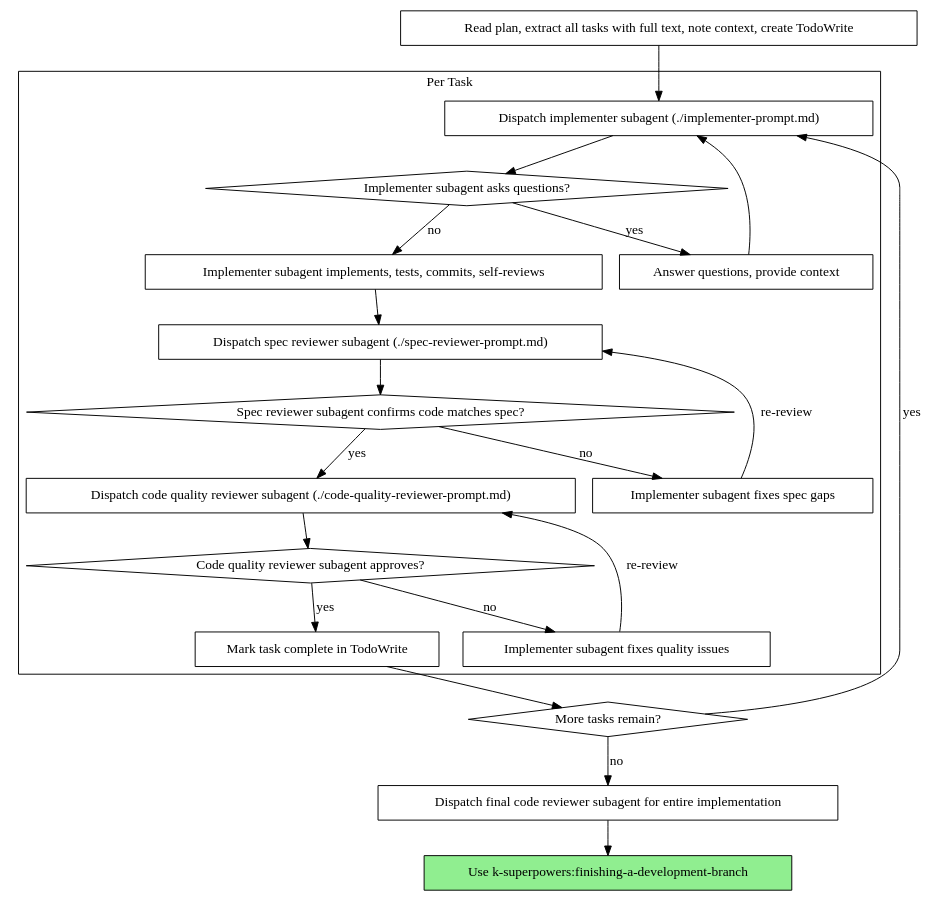
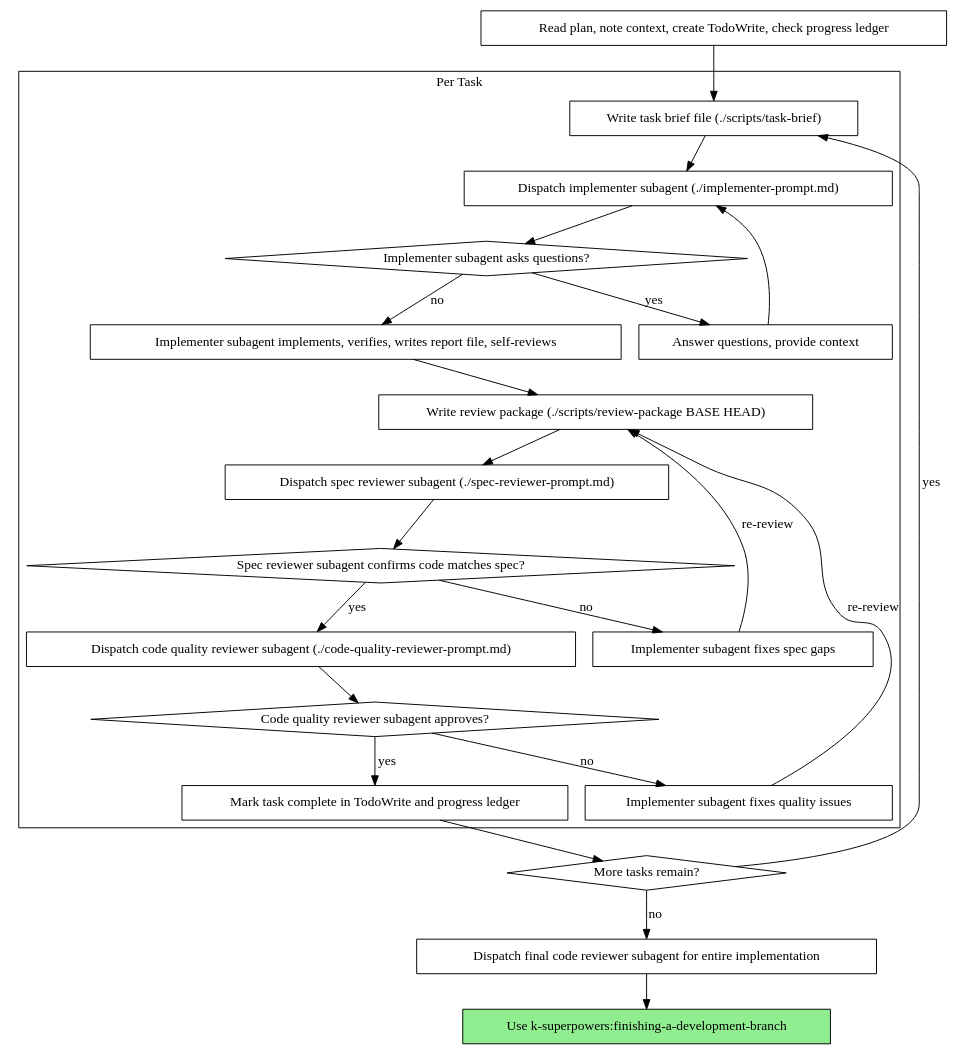
The second of 2 diagrams in skills/subagent-driven-development/SKILL.md (kirito41dd/k-superpowers), drawn with Graphviz before and after one commit. The commit also changed other lines of this file and 14 other files, not shown here.

````diff
--- a/skills/subagent-driven-development/SKILL.md
+++ b/skills/subagent-driven-development/SKILL.md
@@ -44,44 +48,48 @@
 ```dot
 digraph process {
     rankdir=TB;
 
     subgraph cluster_per_task {
         label="Per Task";
+        "Write task brief file (./scripts/task-brief)" [shape=box];
         "Dispatch implementer subagent (./implementer-prompt.md)" [shape=box];
         "Implementer subagent asks questions?" [shape=diamond];
         "Answer questions, provide context" [shape=box];
-        "Implementer subagent implements, tests, commits, self-reviews" [shape=box];
+        "Implementer subagent implements, verifies, writes report file, self-reviews" [shape=box];
+        "Write review package (./scripts/review-package BASE HEAD)" [shape=box];
         "Dispatch spec reviewer subagent (./spec-reviewer-prompt.md)" [shape=box];
         "Spec reviewer subagent confirms code matches spec?" [shape=diamond];
         "Implementer subagent fixes spec gaps" [shape=box];
         "Dispatch code quality reviewer subagent (./code-quality-reviewer-prompt.md)" [shape=box];
         "Code quality reviewer subagent approves?" [shape=diamond];
         "Implementer subagent fixes quality issues" [shape=box];
-        "Mark task complete in TodoWrite" [shape=box];
+        "Mark task complete in TodoWrite and progress ledger" [shape=box];
     }
 
-    "Read plan, extract all tasks with full text, note context, create TodoWrite" [shape=box];
+    "Read plan, note context, create TodoWrite, check progress ledger" [shape=box];
     "More tasks remain?" [shape=diamond];
     "Dispatch final code reviewer subagent for entire implementation" [shape=box];
     "Use k-superpowers:finishing-a-development-branch" [shape=box style=filled fillcolor=lightgreen];
 
-    "Read plan, extract all tasks with full text, note context, create TodoWrite" -> "Dispatch implementer subagent (./implementer-prompt.md)";
+    "Read plan, note context, create TodoWrite, check progress ledger" -> "Write task brief file (./scripts/task-brief)";
+    "Write task brief file (./scripts/task-brief)" -> "Dispatch implementer subagent (./implementer-prompt.md)";
     "Dispatch implementer subagent (./implementer-prompt.md)" -> "Implementer subagent asks questions?";
     "Implementer subagent asks questions?" -> "Answer questions, provide context" [label="yes"];
     "Answer questions, provide context" -> "Dispatch implementer subagent (./implementer-prompt.md)";
-    "Implementer subagent asks questions?" -> "Implementer subagent implements, tests, commits, self-reviews" [label="no"];
-    "Implementer subagent implements, tests, commits, self-reviews" -> "Dispatch spec reviewer subagent (./spec-reviewer-prompt.md)";
+    "Implementer subagent asks questions?" -> "Implementer subagent implements, verifies, writes report file, self-reviews" [label="no"];
+    "Implementer subagent implements, verifies, writes report file, self-reviews" -> "Write review package (./scripts/review-package BASE HEAD)";
+    "Write review package (./scripts/review-package BASE HEAD)" -> "Dispatch spec reviewer subagent (./spec-reviewer-prompt.md)";
     "Dispatch spec reviewer subagent (./spec-reviewer-prompt.md)" -> "Spec reviewer subagent confirms code matches spec?";
     "Spec reviewer subagent confirms code matches spec?" -> "Implementer subagent fixes spec gaps" [label="no"];
-    "Implementer subagent fixes spec gaps" -> "Dispatch spec reviewer subagent (./spec-reviewer-prompt.md)" [label="re-review"];
+    "Implementer subagent fixes spec gaps" -> "Write review package (./scripts/review-package BASE HEAD)" [label="re-review"];
     "Spec reviewer subagent confirms code matches spec?" -> "Dispatch code quality reviewer subagent (./code-quality-reviewer-prompt.md)" [label="yes"];
     "Dispatch code quality reviewer subagent (./code-quality-reviewer-prompt.md)" -> "Code quality reviewer subagent approves?";
     "Code quality reviewer subagent approves?" -> "Implementer subagent fixes quality issues" [label="no"];
-    "Implementer subagent fixes quality issues" -> "Dispatch code quality reviewer subagent (./code-quality-reviewer-prompt.md)" [label="re-review"];
-    "Code quality reviewer subagent approves?" -> "Mark task complete in TodoWrite" [label="yes"];
-    "Mark task complete in TodoWrite" -> "More tasks remain?";
-    "More tasks remain?" -> "Dispatch implementer subagent (./implementer-prompt.md)" [label="yes"];
+    "Implementer subagent fixes quality issues" -> "Write review package (./scripts/review-package BASE HEAD)" [label="re-review"];
+    "Code quality reviewer subagent approves?" -> "Mark task complete in TodoWrite and progress ledger" [label="yes"];
+    "Mark task complete in TodoWrite and progress ledger" -> "More tasks remain?";
+    "More tasks remain?" -> "Write task brief file (./scripts/task-brief)" [label="yes"];
     "More tasks remain?" -> "Dispatch final code reviewer subagent for entire implementation" [label="no"];
     "Dispatch final code reviewer subagent for entire implementation" -> "Use k-superpowers:finishing-a-development-branch";
 }
 ```
````
